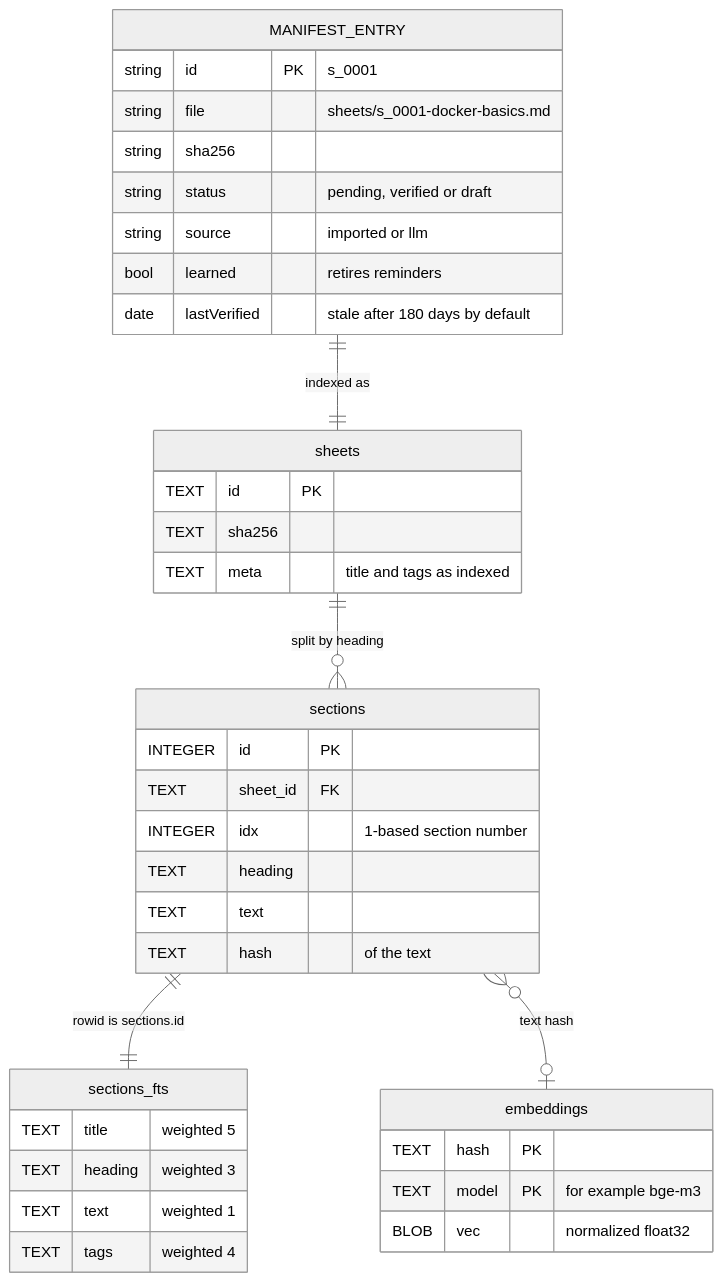
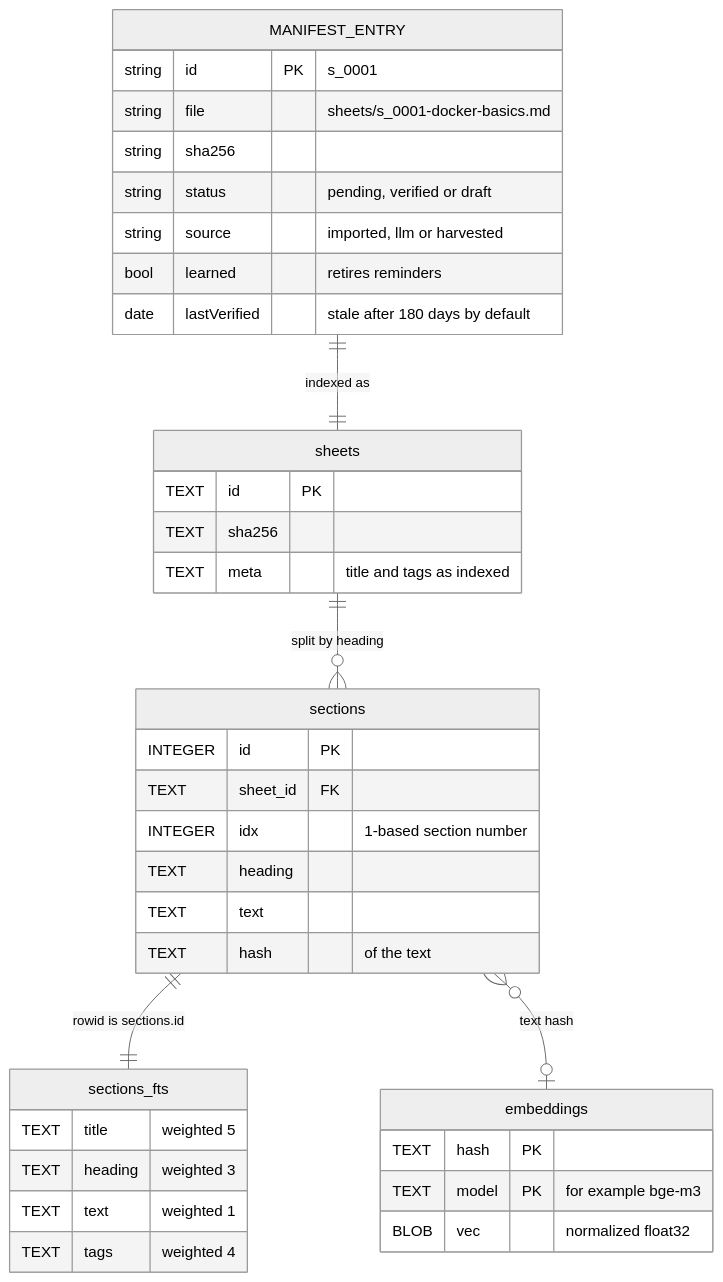
The fifth of 5 diagrams in docs/architecture.md (cgbot7/Nudge), drawn with Mermaid (neutral theme) before and after one commit. The commit also changed other lines of this file and 15 other files, not shown here.

````diff
--- a/docs/architecture.md
+++ b/docs/architecture.md
@@ -174,41 +175,41 @@
 ```mermaid
 erDiagram
   MANIFEST_ENTRY ||--|| sheets : "indexed as"
   sheets ||--o{ sections : "split by heading"
   sections ||--|| sections_fts : "rowid is sections.id"
   sections }o--o| embeddings : "text hash"
 
   MANIFEST_ENTRY {
     string id PK "s_0001"
     string file "sheets/s_0001-docker-basics.md"
     string sha256
     string status "pending, verified or draft"
-    string source "imported or llm"
+    string source "imported, llm or harvested"
     bool learned "retires reminders"
     date lastVerified "stale after 180 days by default"
   }
   sheets {
     TEXT id PK
     TEXT sha256
     TEXT meta "title and tags as indexed"
   }
   sections {
     INTEGER id PK
     TEXT sheet_id FK
     INTEGER idx "1-based section number"
     TEXT heading
     TEXT text
     TEXT hash "of the text"
   }
   sections_fts {
     TEXT title "weighted 5"
     TEXT heading "weighted 3"
     TEXT text "weighted 1"
     TEXT tags "weighted 4"
   }
   embeddings {
     TEXT hash PK
     TEXT model PK "for example bge-m3"
     BLOB vec "normalized float32"
   }
 ```
````
